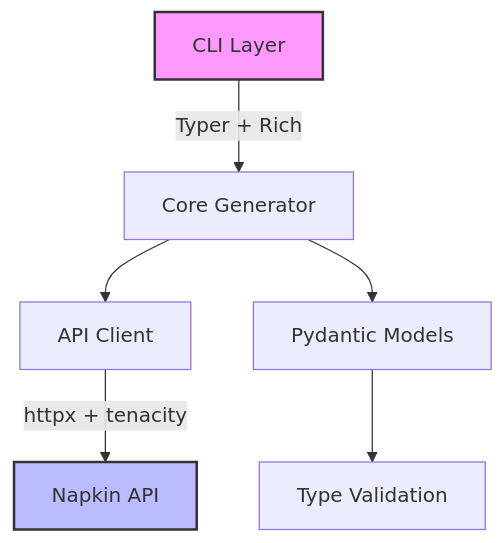
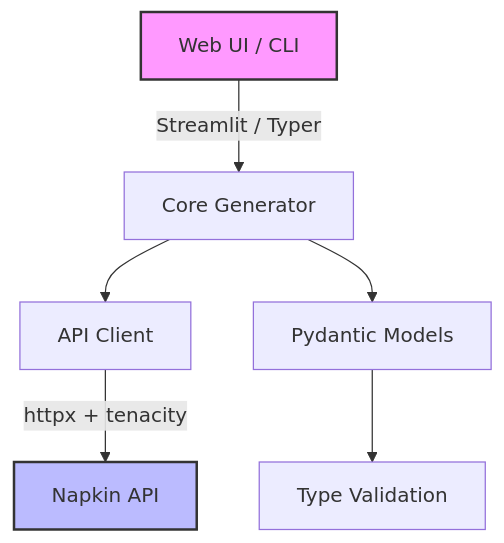
Before and after one commit to moshehbenavraham/Napkin-AI-API: the diagram in README.md, drawn with Mermaid. The commit also changed other lines of this file and 4 other files, not shown here.

````diff
--- a/README.md
+++ b/README.md
@@ -152,11 +162,11 @@
 ```mermaid
 graph TD
-    A[CLI Layer] -->|Typer + Rich| B[Core Generator]
+    A[Web UI / CLI] -->|Streamlit / Typer| B[Core Generator]
     B --> C[API Client]
     C -->|httpx + tenacity| D[Napkin API]
     B --> E[Pydantic Models]
     E --> F[Type Validation]
     
     style A fill:#f9f,stroke:#333,stroke-width:2px
     style D fill:#bbf,stroke:#333,stroke-width:2px
 ```
````
